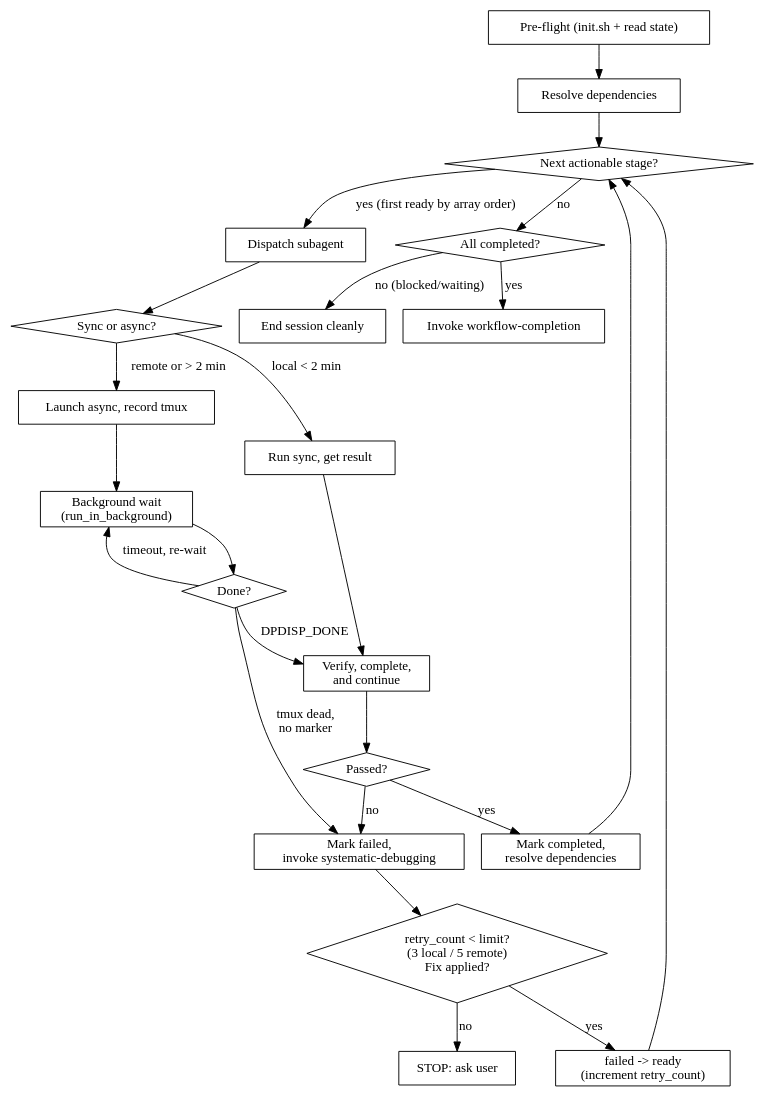
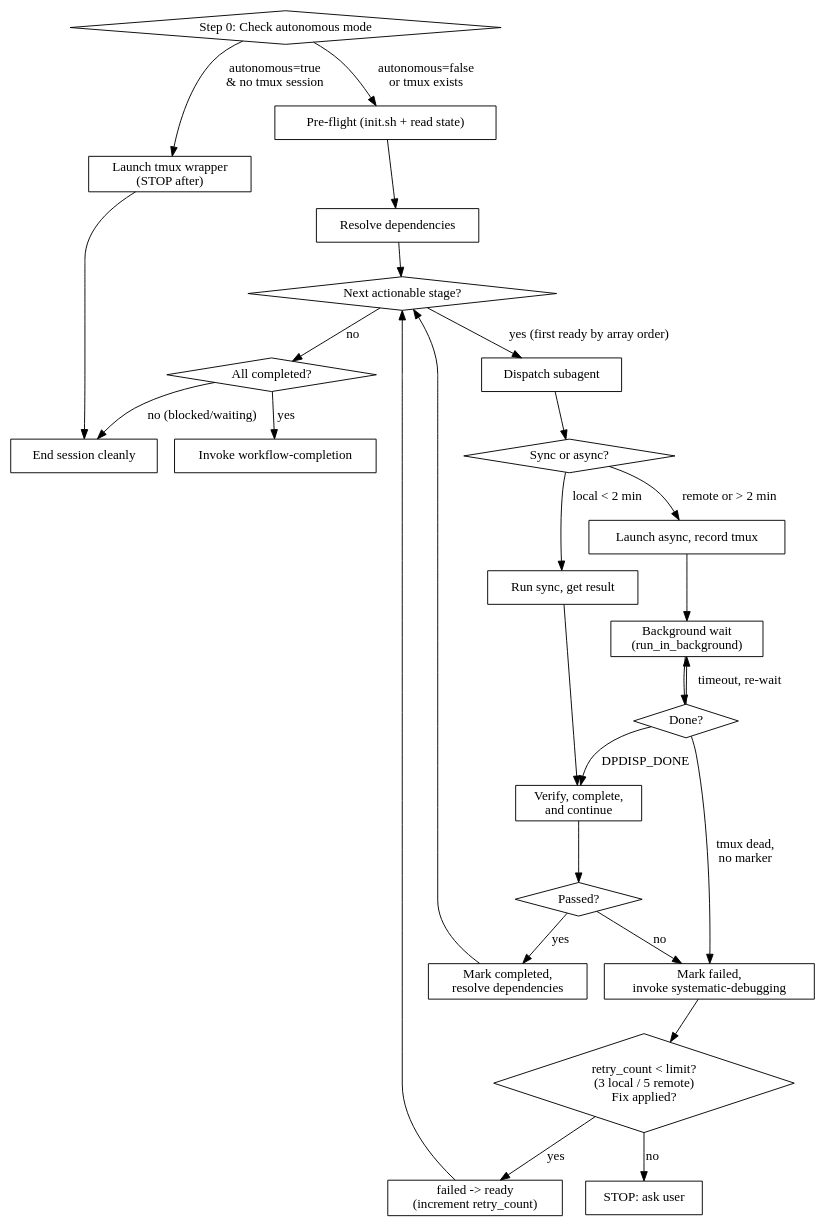
Before and after one commit to Chenghao-Wu/superscientist: the diagram in superscientist/skills/executing-workflows/SKILL.md, drawn with Graphviz. The commit also changed other lines of this file, not shown here.

Commit message:
feat(superscientist): add Step 0 autonomous launch gate to executing-workflows

````diff
--- a/superscientist/skills/executing-workflows/SKILL.md
+++ b/superscientist/skills/executing-workflows/SKILL.md
@@ -54,48 +54,53 @@
 ```dot
 digraph execution {
     rankdir=TB;
+    "Step 0: Check autonomous mode" [shape=diamond];
+    "Launch tmux wrapper\n(STOP after)" [shape=box];
     "Pre-flight (init.sh + read state)" [shape=box];
     "Resolve dependencies" [shape=box];
     "Next actionable stage?" [shape=diamond];
     "Dispatch subagent" [shape=box];
     "Sync or async?" [shape=diamond];
     "Run sync, get result" [shape=box];
     "Launch async, record tmux" [shape=box];
     "Background wait\n(run_in_background)" [shape=box];
     "Done?" [shape=diamond];
     "Verify, complete,\nand continue" [shape=box];
     "Passed?" [shape=diamond];
     "Mark completed,\nresolve dependencies" [shape=box];
     "Mark failed,\ninvoke systematic-debugging" [shape=box];
     "retry_count < limit?\n(3 local / 5 remote)\nFix applied?" [shape=diamond];
     "failed -> ready\n(increment retry_count)" [shape=box];
     "STOP: ask user" [shape=box];
     "All completed?" [shape=diamond];
     "Invoke workflow-completion" [shape=box];
     "End session cleanly" [shape=box];
 
+    "Step 0: Check autonomous mode" -> "Launch tmux wrapper\n(STOP after)" [label="autonomous=true\n& no tmux session"];
+    "Step 0: Check autonomous mode" -> "Pre-flight (init.sh + read state)" [label="autonomous=false\nor tmux exists"];
+    "Launch tmux wrapper\n(STOP after)" -> "End session cleanly";
     "Pre-flight (init.sh + read state)" -> "Resolve dependencies";
     "Resolve dependencies" -> "Next actionable stage?";
     "Next actionable stage?" -> "Dispatch subagent" [label="yes (first ready by array order)"];
     "Next actionable stage?" -> "All completed?" [label="no"];
     "Dispatch subagent" -> "Sync or async?";
     "Sync or async?" -> "Run sync, get result" [label="local < 2 min"];
     "Sync or async?" -> "Launch async, record tmux" [label="remote or > 2 min"];
     "Run sync, get result" -> "Verify, complete,\nand continue";
     "Launch async, record tmux" -> "Background wait\n(run_in_background)";
     "Background wait\n(run_in_background)" -> "Done?";
     "Done?" -> "Verify, complete,\nand continue" [label="DPDISP_DONE"];
     "Done?" -> "Background wait\n(run_in_background)" [label="timeout, re-wait"];
     "Done?" -> "Mark failed,\ninvoke systematic-debugging" [label="tmux dead,\nno marker"];
     "Verify, complete,\nand continue" -> "Passed?";
     "Passed?" -> "Mark completed,\nresolve dependencies" [label="yes"];
     "Passed?" -> "Mark failed,\ninvoke systematic-debugging" [label="no"];
     "Mark completed,\nresolve dependencies" -> "Next actionable stage?";
     "Mark failed,\ninvoke systematic-debugging" -> "retry_count < limit?\n(3 local / 5 remote)\nFix applied?";
     "retry_count < limit?\n(3 local / 5 remote)\nFix applied?" -> "failed -> ready\n(increment retry_count)" [label="yes"];
     "retry_count < limit?\n(3 local / 5 remote)\nFix applied?" -> "STOP: ask user" [label="no"];
     "failed -> ready\n(increment retry_count)" -> "Next actionable stage?";
     "All completed?" -> "Invoke workflow-completion" [label="yes"];
     "All completed?" -> "End session cleanly" [label="no (blocked/waiting)"];
 }
 ```
````
